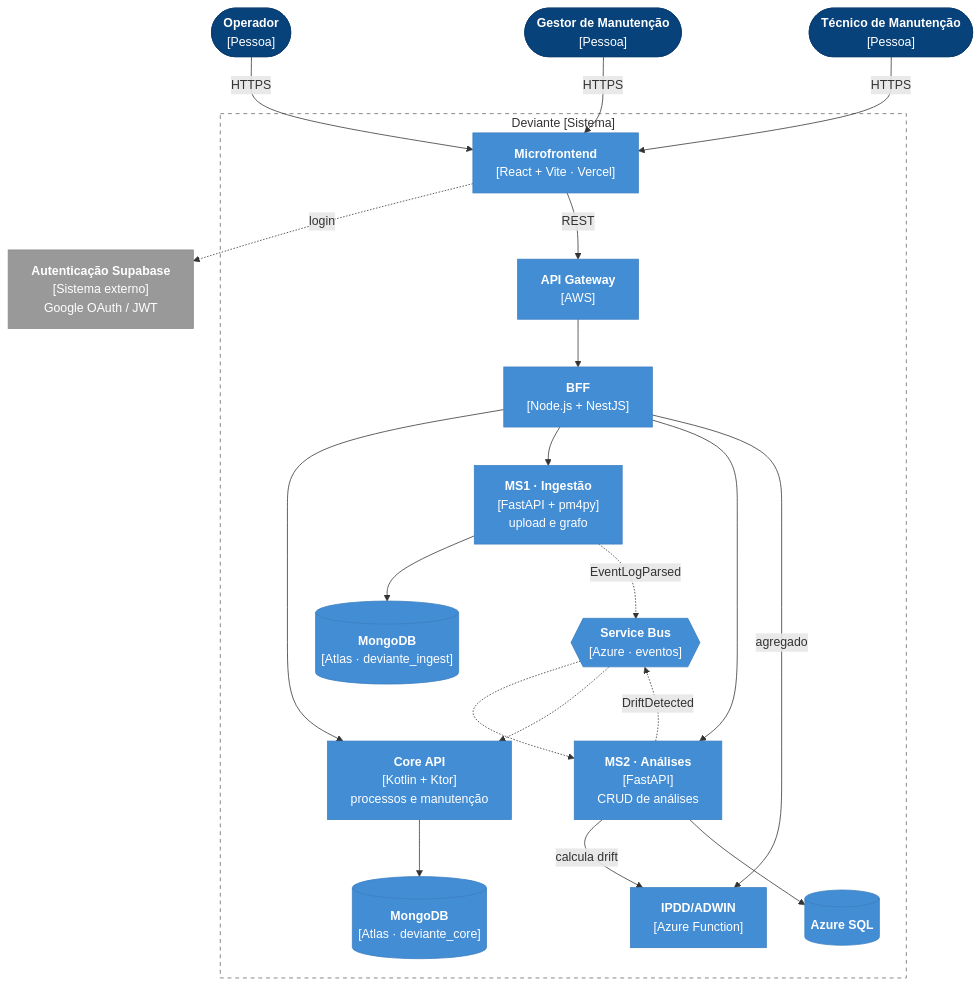
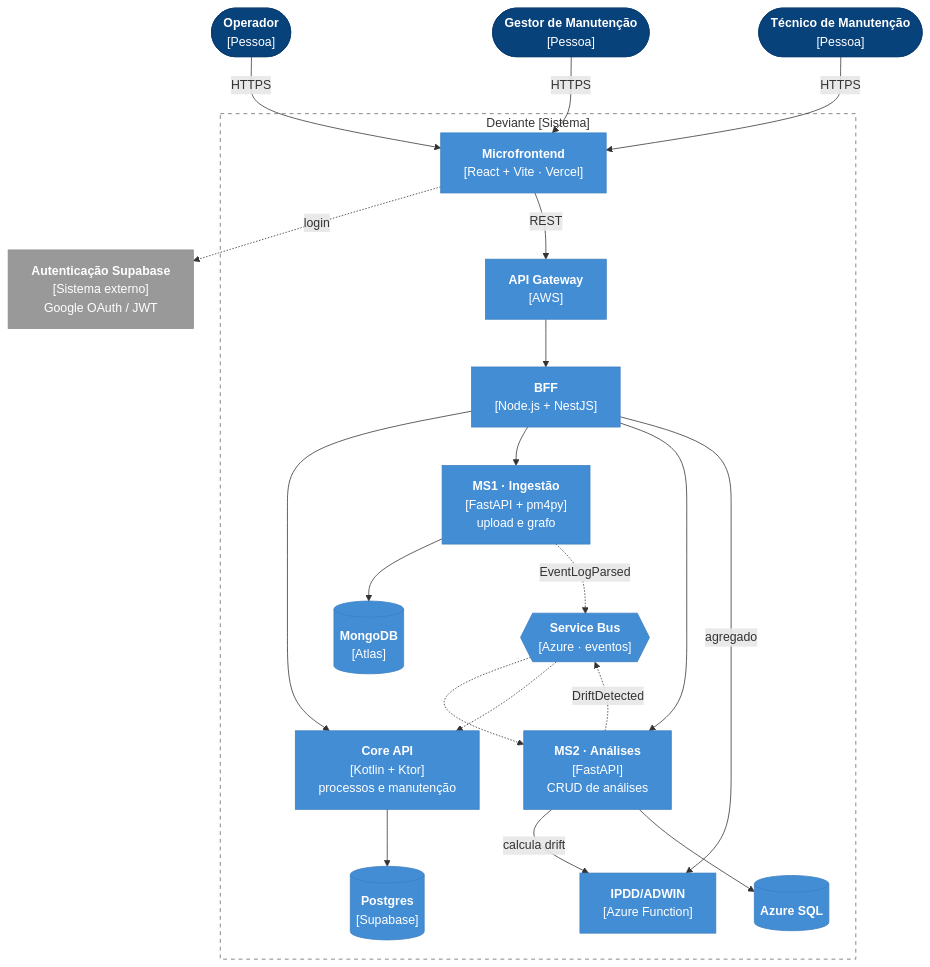
One commit to aland3r/deviante-docs changed the second of 13 diagrams in architecture/arc42.md. Above: the diagram before and after it, drawn with Mermaid. The commit also changed other lines of this file, not shown here.

First line of the commit message:
arc42: Core volta ao Supabase Postgres; persistência poliglota (ADR 03 e 08, §1.1, §2, §4, §5, §7, §8, §11)

````diff
--- a/architecture/arc42.md
+++ b/architecture/arc42.md
@@ -258,43 +258,43 @@
 ```mermaid
 flowchart TB
     operador(["<b>Operador</b><br/>[Pessoa]"])
     gestor(["<b>Gestor de Manutenção</b><br/>[Pessoa]"])
     tecnico(["<b>Técnico de Manutenção</b><br/>[Pessoa]"])
     auth["<b>Autenticação Supabase</b><br/>[Sistema externo]<br/>Google OAuth / JWT"]
 
     subgraph dv["Deviante [Sistema]"]
         web["<b>Microfrontend</b><br/>[React + Vite · Vercel]"]
         gw["<b>API Gateway</b><br/>[AWS]"]
         bff["<b>BFF</b><br/>[Node.js + NestJS]"]
         core["<b>Core API</b><br/>[Kotlin + Ktor]<br/>processos e manutenção"]
         ms1["<b>MS1 · Ingestão</b><br/>[FastAPI + pm4py]<br/>upload e grafo"]
         ms2["<b>MS2 · Análises</b><br/>[FastAPI]<br/>CRUD de análises"]
         fn["<b>IPDD/ADWIN</b><br/>[Azure Function]"]
         bus{{"<b>Service Bus</b><br/>[Azure · eventos]"}}
-        dbCore[("<b>MongoDB</b><br/>[Atlas · deviante_core]")]
-        dbMs1[("<b>MongoDB</b><br/>[Atlas · deviante_ingest]")]
+        dbCore[("<b>Postgres</b><br/>[Supabase]")]
+        dbMs1[("<b>MongoDB</b><br/>[Atlas]")]
         dbMs2[("<b>Azure SQL</b>")]
     end
 
     operador & gestor & tecnico -->|HTTPS| web
     web -.->|login| auth
     web -->|REST| gw --> bff
     bff --> core & ms1 & ms2
     bff -->|agregado| fn
     ms2 -->|calcula drift| fn
     core --> dbCore
     ms1 --> dbMs1
     ms2 --> dbMs2
     ms1 -.->|EventLogParsed| bus
     bus -.-> ms2
     ms2 -.->|DriftDetected| bus
     bus -.-> core
 
     classDef person fill:#08427B,stroke:#073B6F,color:#fff
     classDef container fill:#438DD5,stroke:#3C7FC0,color:#fff
     classDef external fill:#999999,stroke:#8A8A8A,color:#fff
     class operador,gestor,tecnico person
     class web,gw,bff,core,ms1,ms2,fn,bus,dbCore,dbMs1,dbMs2 container
     class auth external
     style dv fill:none,stroke:#666,stroke-dasharray:5 5
 ```
````
